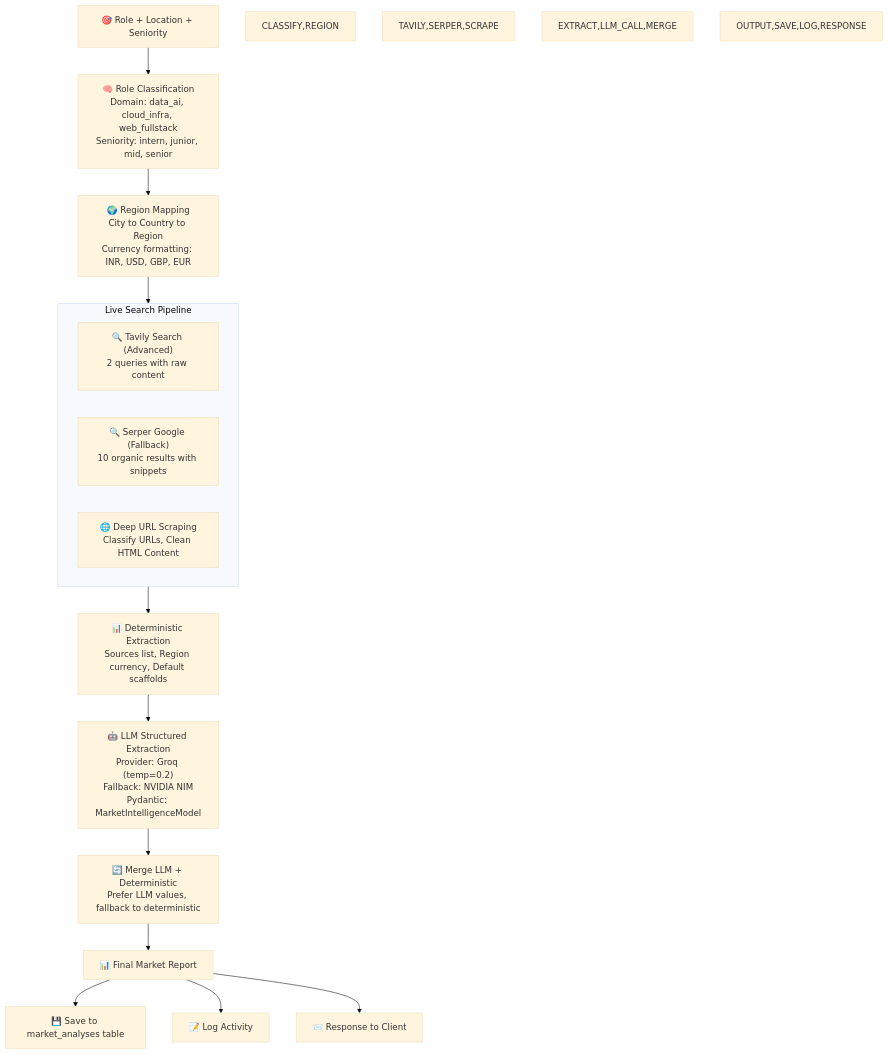
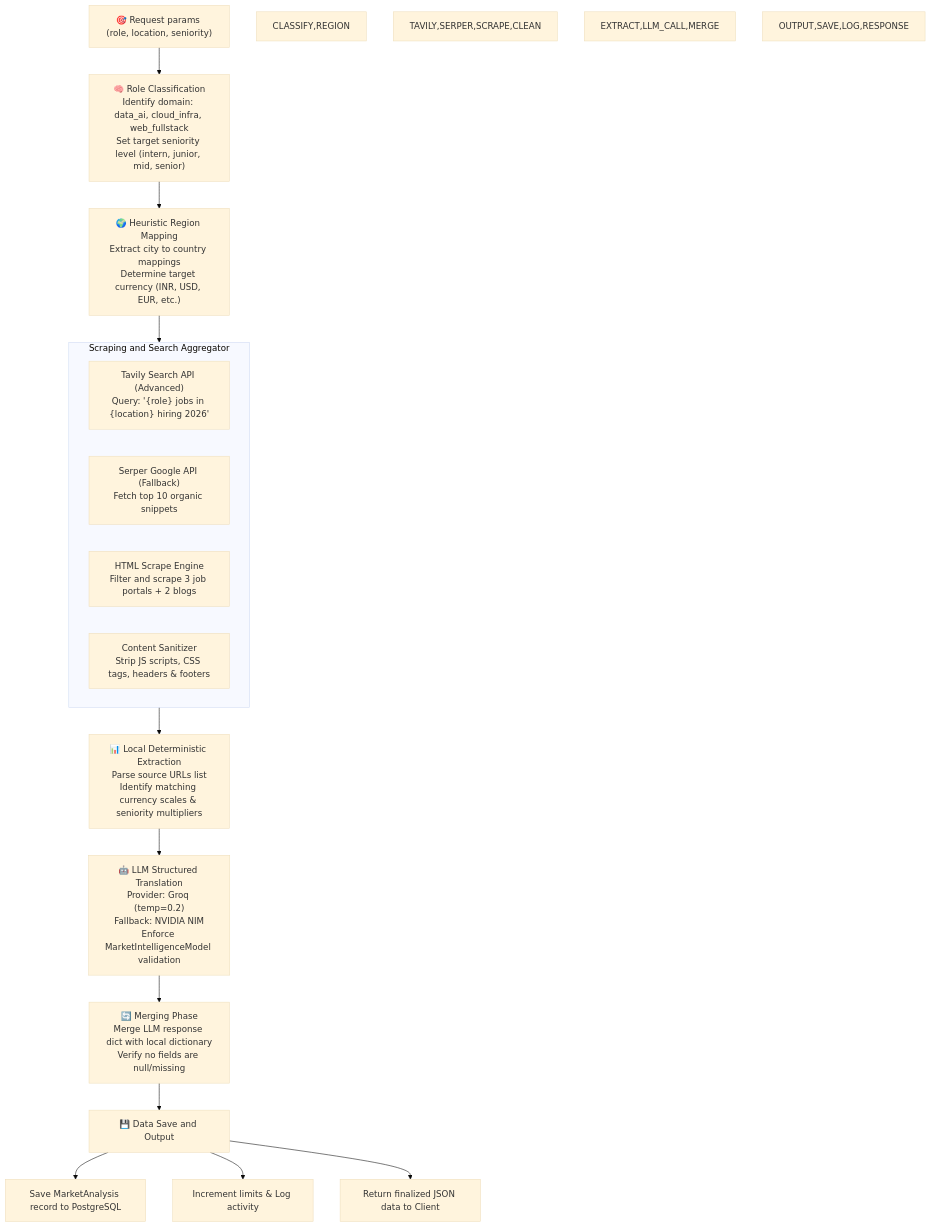
Diagram 23 of 33 in documentation/ARCHITECTURE.md (Anil-Pradhan-web/ai-career-mentor), drawn with Mermaid (base theme) before and after one commit. The commit also changed other lines of this file and 3 other files, not shown here.

First line of the commit message:
docs: update all documentation — ARCHITECTURE, SYSTEM, API, DOCKER_GUIDE verified against codebase

````diff
--- a/documentation/ARCHITECTURE.md
+++ b/documentation/ARCHITECTURE.md
@@ -1482,40 +1575,41 @@
 ```mermaid
 flowchart TD
     classDef input fill:#818cf8,color:#fff,stroke:#6366f1
     classDef search fill:#06b6d4,color:#fff,stroke:#0891b2
     classDef process fill:#f59e0b,color:#fff,stroke:#d97706
     classDef llm fill:#7c3aed,color:#fff,stroke:#a78bfa
     classDef output fill:#34d399,color:#fff,stroke:#10b981
 
-    INPUT["🎯 Role + Location + Seniority"]
+    INPUT["🎯 Request params (role, location, seniority)"]
     
-    INPUT --> CLASSIFY["🧠 Role Classification<br/>Domain: data_ai, cloud_infra, web_fullstack<br/>Seniority: intern, junior, mid, senior"]
+    INPUT --> CLASSIFY["🧠 Role Classification<br/>Identify domain: data_ai, cloud_infra, web_fullstack<br/>Set target seniority level (intern, junior, mid, senior)"]
     
-    CLASSIFY --> REGION["🌍 Region Mapping<br/>City to Country to Region<br/>Currency formatting: INR, USD, GBP, EUR"]
+    CLASSIFY --> REGION["🌍 Heuristic Region Mapping<br/>Extract city to country mappings<br/>Determine target currency (INR, USD, EUR, etc.)"]
     
-    REGION --> SEARCH["🔍 Live Search Pipeline"]
+    REGION --> SEARCH["🔍 Executing Search Queries"]
     
-    subgraph SEARCH [Live Search Pipeline]
-        TAVILY["🔍 Tavily Search (Advanced)<br/>2 queries with raw content"]
-        SERPER["🔍 Serper Google (Fallback)<br/>10 organic results with snippets"]
-        SCRAPE["🌐 Deep URL Scraping<br/>Classify URLs, Clean HTML Content"]
+    subgraph SEARCH [Scraping and Search Aggregator]
+        TAVILY["Tavily Search API (Advanced)<br/>Query: '{role} jobs in {location} hiring 2026'"]
+        SERPER["Serper Google API (Fallback)<br/>Fetch top 10 organic snippets"]
+        SCRAPE["HTML Scrape Engine<br/>Filter and scrape 3 job portals + 2 blogs"]
+        CLEAN["Content Sanitizer<br/>Strip JS scripts, CSS tags, headers & footers"]
     end
     
-    SEARCH --> EXTRACT["📊 Deterministic Extraction<br/>Sources list, Region currency, Default scaffolds"]
+    SEARCH --> EXTRACT["📊 Local Deterministic Extraction<br/>Parse source URLs list<br/>Identify matching currency scales & seniority multipliers"]
     
-    EXTRACT --> LLM_CALL["🤖 LLM Structured Extraction<br/>Provider: Groq (temp=0.2)<br/>Fallback: NVIDIA NIM<br/>Pydantic: MarketIntelligenceModel"]
+    EXTRACT --> LLM_CALL["🤖 LLM Structured Translation<br/>Provider: Groq (temp=0.2)<br/>Fallback: NVIDIA NIM<br/>Enforce MarketIntelligenceModel validation"]
     
-    LLM_CALL --> MERGE["🔄 Merge LLM + Deterministic<br/>Prefer LLM values, fallback to deterministic"]
+    LLM_CALL --> MERGE["🔄 Merging Phase<br/>Merge LLM response dict with local dictionary<br/>Verify no fields are null/missing"]
     
-    MERGE --> OUTPUT["📊 Final Market Report"]
+    MERGE --> OUTPUT["💾 Data Save and Output"]
     
-    OUTPUT --> SAVE["💾 Save to market_analyses table"]
-    OUTPUT --> LOG["📝 Log Activity"]
-    OUTPUT --> RESPONSE["📨 Response to Client"]
+    OUTPUT --> SAVE["Save MarketAnalysis record to PostgreSQL"]
+    OUTPUT --> LOG["Increment limits & Log activity"]
+    OUTPUT --> RESPONSE["Return finalized JSON data to Client"]
 
     style INPUT input
     style CLASSIFY,REGION process
-    style TAVILY,SERPER,SCRAPE search
+    style TAVILY,SERPER,SCRAPE,CLEAN search
     style EXTRACT,LLM_CALL,MERGE llm
     style OUTPUT,SAVE,LOG,RESPONSE output
 ```
````
